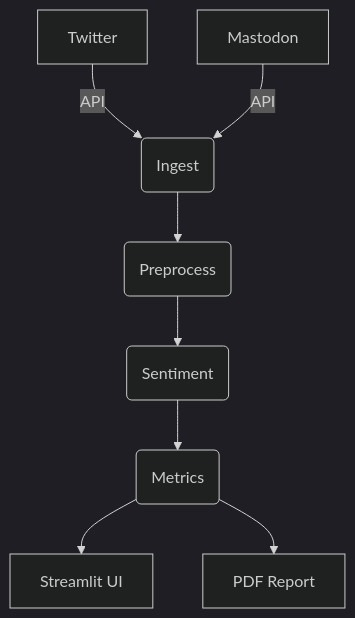
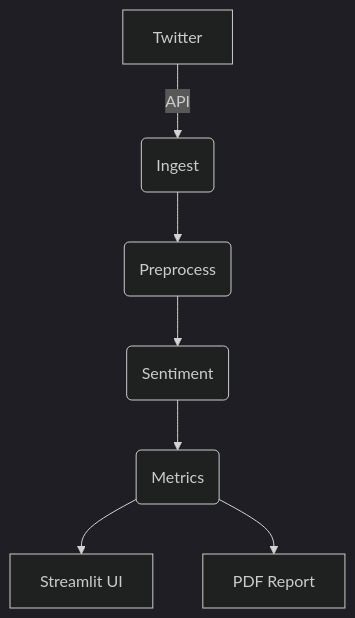
One commit to OHanabusa/lecture-ai-engineering changed the diagram in final_project/README.md. Above: the diagram before and after it, drawn with Mermaid (dark theme). The commit also changed other lines of this file and 7 other files, not shown here.

````diff
--- a/final_project/README.md
+++ b/final_project/README.md
@@ -15,10 +25,9 @@
 ```mermaid
 graph TD
     A[Twitter] -->|API| B(Ingest)
-    C[Mastodon] -->|API| B
     B --> D(Preprocess)
     D --> E(Sentiment)
     E --> F(Metrics)
     F --> G[Streamlit UI]
     F --> H[PDF Report]
 ```
````
